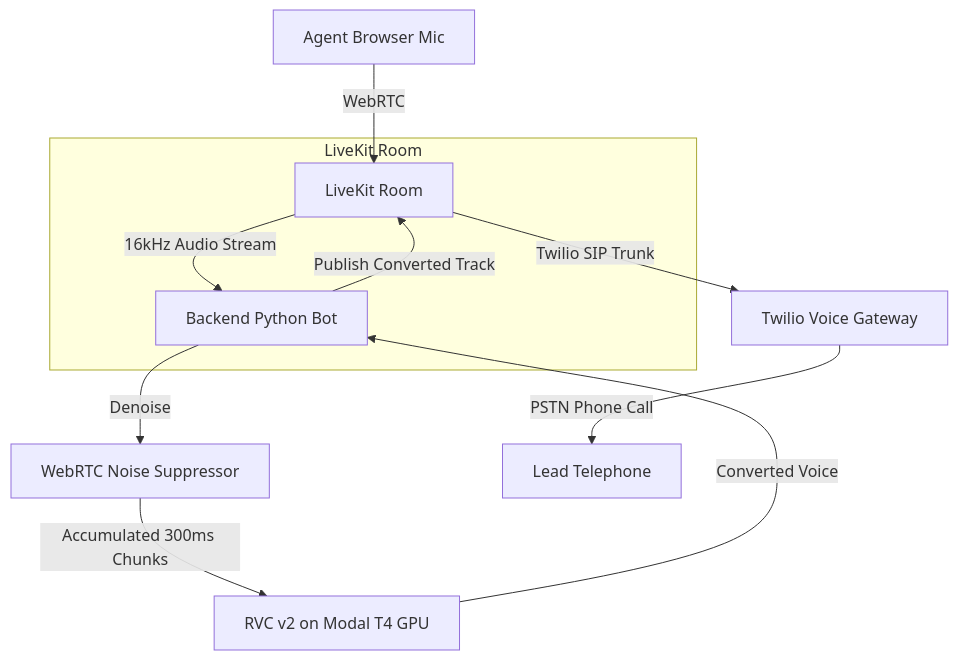
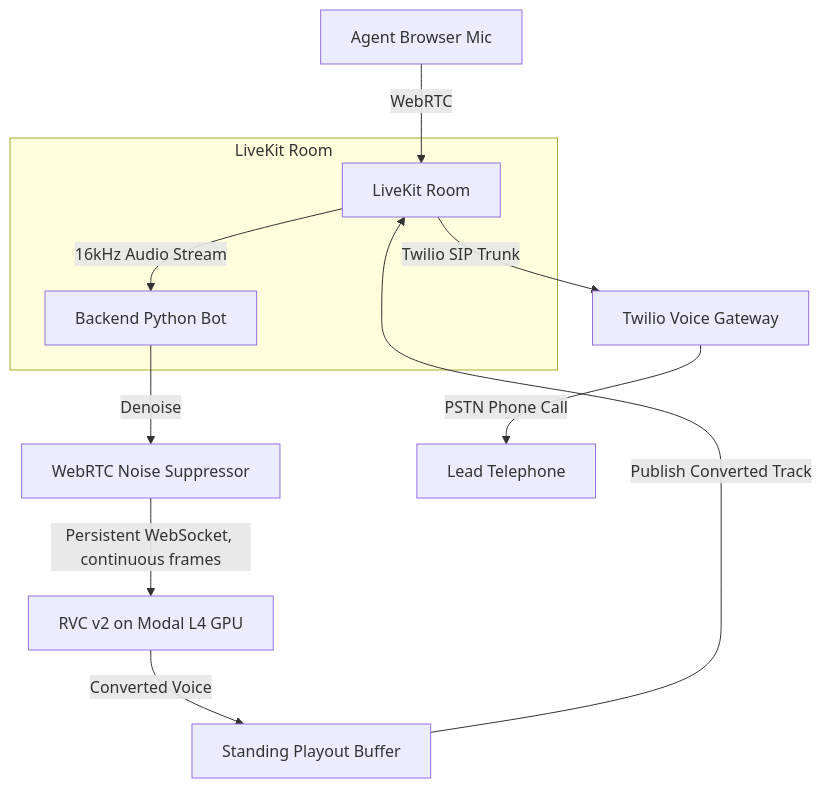
One commit to thezhafoundry/Kiera changed the diagram in README.md. Above: the diagram before and after it, drawn with Mermaid. The commit also changed other lines of this file and 19 other files, not shown here.

````diff
--- a/README.md
+++ b/README.md
@@ -9,16 +9,16 @@
 ```mermaid
 graph TD
     Agent[Agent Browser Mic] -->|WebRTC| LK[LiveKit Room]
     LK -->|16kHz Audio Stream| Worker[Backend Python Bot]
     Worker -->|Denoise| NS[WebRTC Noise Suppressor]
-    NS -->|Accumulated 300ms Chunks| RVC[RVC v2 on Modal T4 GPU]
-    RVC -->|Converted Voice| Worker
-    Worker -->|Publish Converted Track| LK
+    NS -->|Persistent WebSocket, continuous frames| RVC[RVC v2 on Modal L4 GPU]
+    RVC -->|Converted Voice| Buf[Standing Playout Buffer]
+    Buf -->|Publish Converted Track| LK
     LK -->|Twilio SIP Trunk| Twilio[Twilio Voice Gateway]
     Twilio -->|PSTN Phone Call| Lead[Lead Telephone]
 
     subgraph LiveKit Room
         LK
         Worker
     end
 ```
````
